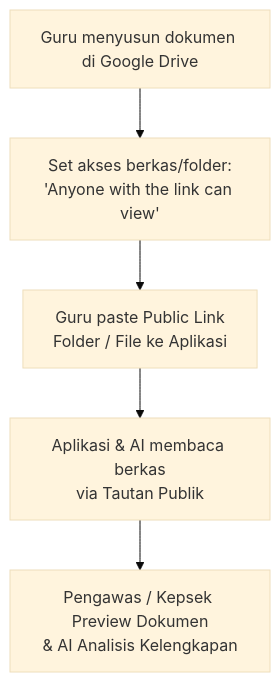
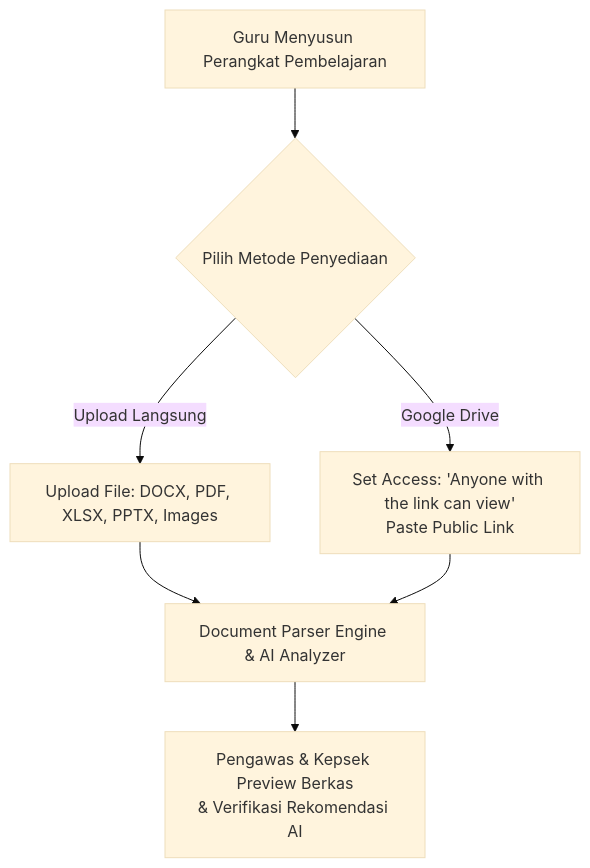
The first of 2 diagrams in docs/06-integrasi-google-drive.md (Hnzsama/supervisi_sekolah), drawn with Mermaid (base theme) before and after one commit. The commit also changed other lines of this file and 13 other files, not shown here.

Commit message:
docs: perbarui dokumentasi upload berkas multiformat dan alur pendaftaran user via email invitation

````diff
--- a/docs/06-integrasi-google-drive.md
+++ b/docs/06-integrasi-google-drive.md
@@ -9,7 +14,11 @@
 ```mermaid
 flowchart TD
-    A[Guru menyusun dokumen di Google Drive] --> B[Set akses berkas/folder:<br/>'Anyone with the link can view']
-    B --> C[Guru paste Public Link<br/>Folder / File ke Aplikasi]
-    C --> D[Aplikasi & AI membaca berkas<br/>via Tautan Publik]
-    D --> E[Pengawas / Kepsek Preview Dokumen<br/>& AI Analisis Kelengkapan]
+    G[Guru Menyusun Perangkat Pembelajaran] --> CHOICE{Pilih Metode Penyediaan}
+    CHOICE -->|Upload Langsung| UPLOAD[Upload File: DOCX, PDF, XLSX, PPTX, Images]
+    CHOICE -->|Google Drive| GDRIVE[Set Access: 'Anyone with the link can view'<br/>Paste Public Link]
+    
+    UPLOAD --> PARSER[Document Parser Engine & AI Analyzer]
+    GDRIVE --> PARSER
+    
+    PARSER --> REVIEW[Pengawas & Kepsek Preview Berkas<br/>& Verifikasi Rekomendasi AI]
 ```
````
